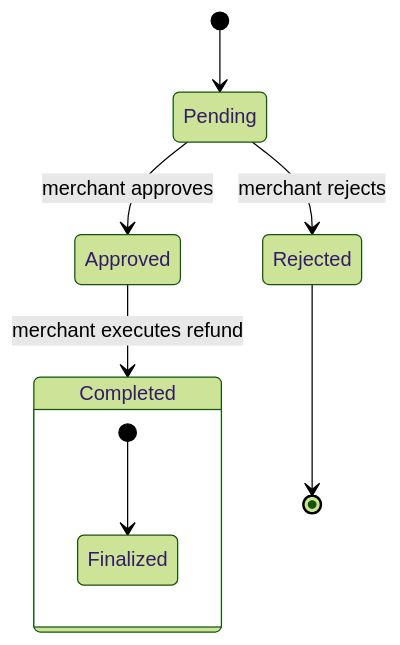
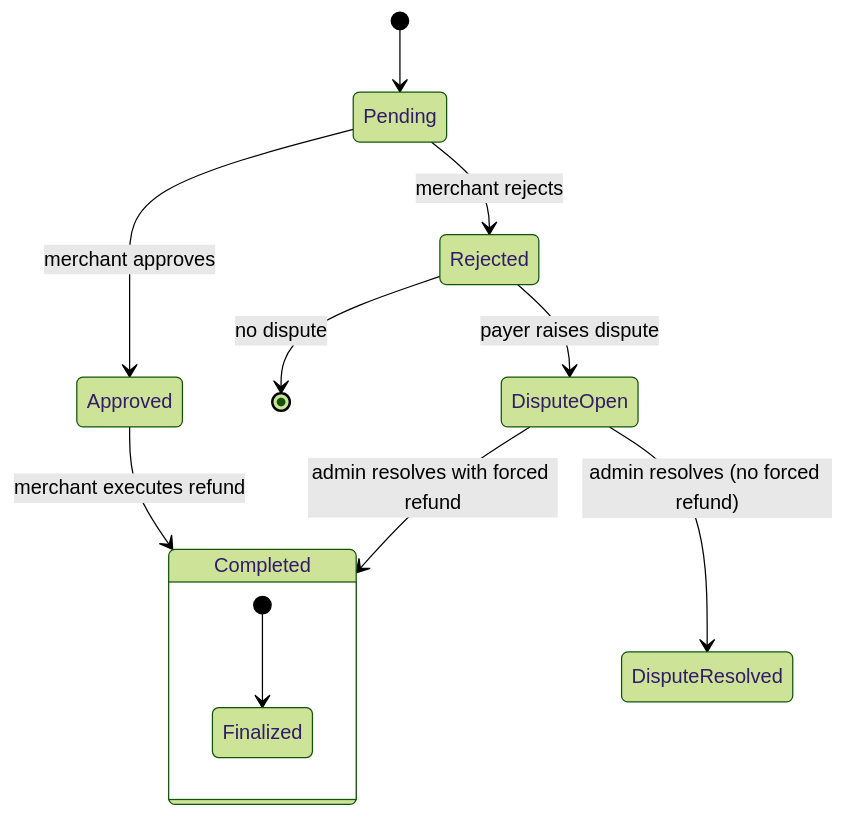
Before and after one commit to Gloriachinedu/lumenflow-contracts: the diagram in docs/refund-lifecycle.md, drawn with Mermaid (forest theme). The commit also changed other lines of this file and 4 other files, not shown here.

````diff
--- a/docs/refund-lifecycle.md
+++ b/docs/refund-lifecycle.md
@@ -5,12 +5,15 @@
 ```mermaid
 stateDiagram-v2
     [*] --> Pending
     Pending --> Approved : merchant approves
     Pending --> Rejected : merchant rejects
     Approved --> Completed : merchant executes refund
-    Rejected --> [*]
+    Rejected --> [*] : no dispute
+    Rejected --> DisputeOpen : payer raises dispute
+    DisputeOpen --> DisputeResolved : admin resolves (no forced refund)
+    DisputeOpen --> Completed : admin resolves with forced refund
 
     state Completed {
         [*] --> Finalized
     }
 ```
````
